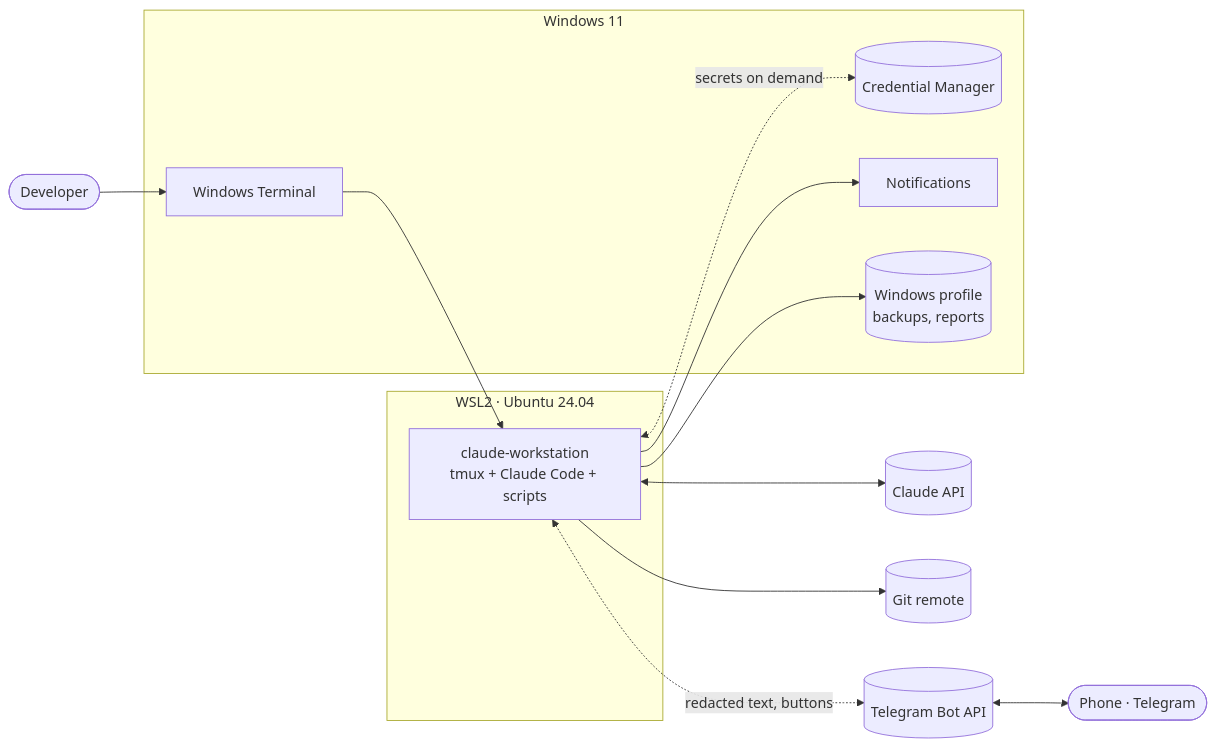
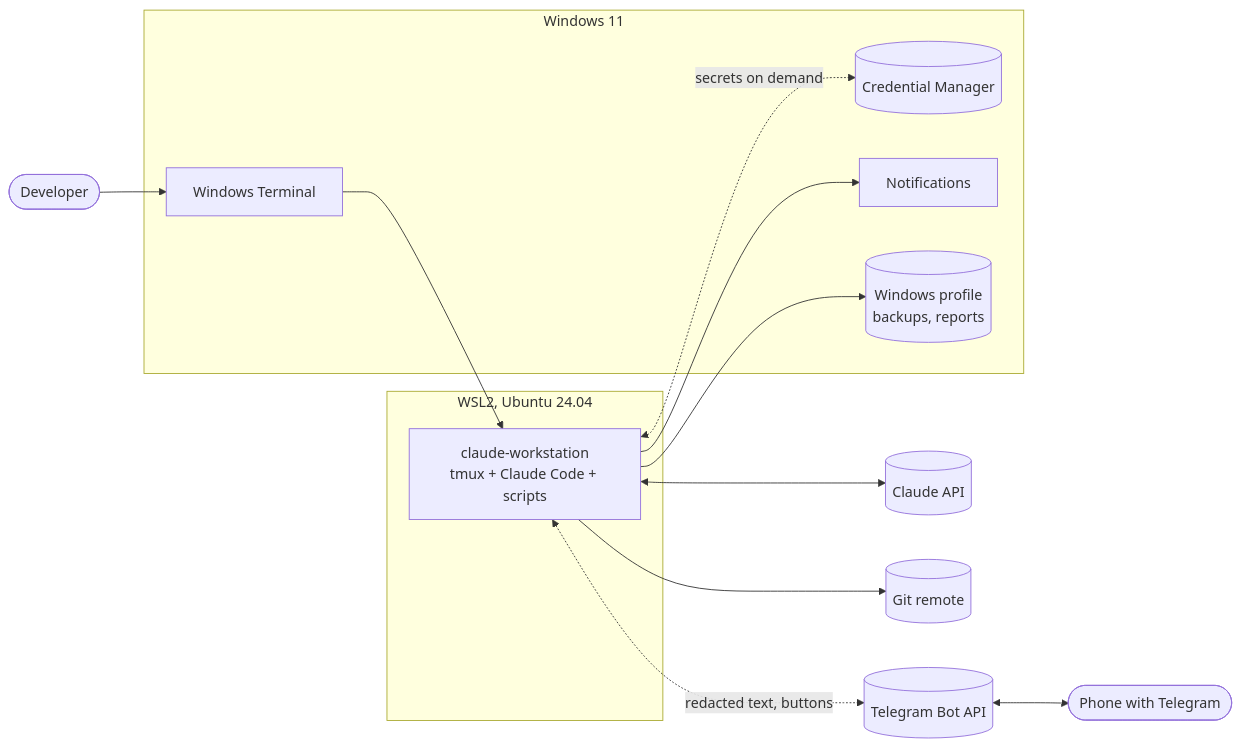
The first of 8 diagrams in docs/architecture.md (andreshma/claude-workstation), drawn with Mermaid before and after one commit. The commit also changed other lines of this file and 23 other files, not shown here.

````diff
--- a/docs/architecture.md
+++ b/docs/architecture.md
@@ -28,25 +32,25 @@
 ```mermaid
 flowchart LR
-  user([Developer])
-  phone([Phone · Telegram])
-  subgraph windows[Windows 11]
-    wt[Windows Terminal]
-    cred[(Credential Manager)]
-    toast[Notifications]
-    winfs[(Windows profile<br/>backups, reports)]
+  user(["Developer"])
+  phone(["Phone with Telegram"])
+  subgraph windows["Windows 11"]
+    wt["Windows Terminal"]
+    cred[("Credential Manager")]
+    toast["Notifications"]
+    winfs[("Windows profile<br/>backups, reports")]
   end
-  subgraph wsl[WSL2 · Ubuntu 24.04]
-    ws[claude-workstation<br/>tmux + Claude Code + scripts]
+  subgraph wsl["WSL2, Ubuntu 24.04"]
+    ws["claude-workstation<br/>tmux + Claude Code + scripts"]
   end
-  api[(Claude API)]
-  remote[(Git remote)]
-  tgapi[(Telegram Bot API)]
+  api[("Claude API")]
+  remote[("Git remote")]
+  tgapi[("Telegram Bot API")]
 
   user --> wt --> ws
   ws <--> api
   ws --> remote
   ws --> toast
   ws --> winfs
-  ws <-. secrets on demand .-> cred
-  ws <-. redacted text, buttons .-> tgapi <--> phone
+  ws <-. "secrets on demand" .-> cred
+  ws <-. "redacted text, buttons" .-> tgapi <--> phone
 ```
````
